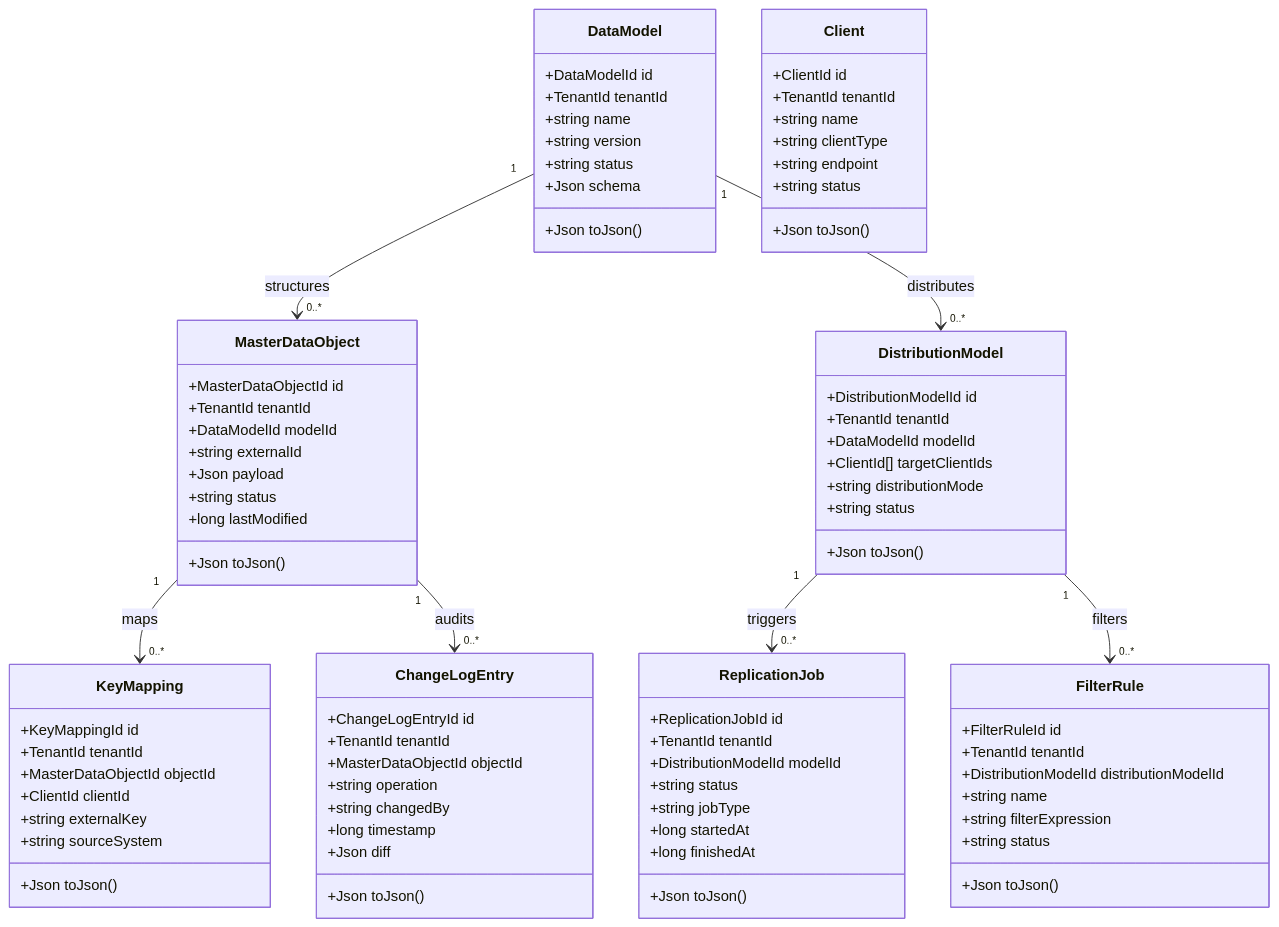
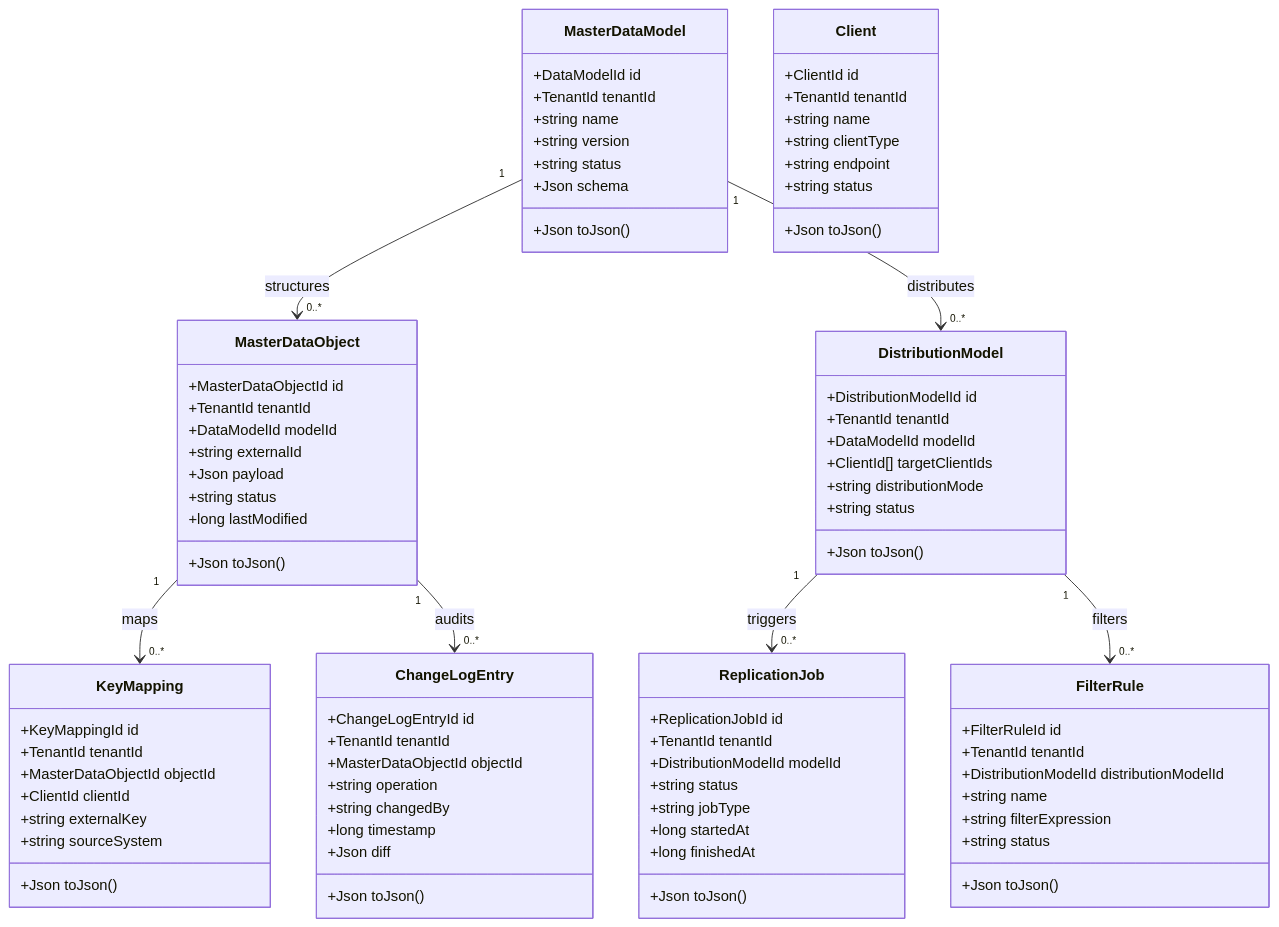
Before and after one commit to UIMSolutions/uim-platform: the first of 3 diagrams in masterdata-integration/UML.md, drawn with Mermaid. The commit also changed 54 other files, not shown here.

````diff
--- a/masterdata-integration/UML.md
+++ b/masterdata-integration/UML.md
@@ -10,6 +10,6 @@
 ```mermaid
 classDiagram
-    class DataModel {
+    class MasterDataModel {
         +DataModelId id
         +TenantId tenantId
         +string name
@@ -85,8 +85,8 @@
         +Json toJson()
     }
 
-    DataModel "1" --> "0..*" MasterDataObject : structures
-    DataModel "1" --> "0..*" DistributionModel : distributes
+    MasterDataModel "1" --> "0..*" MasterDataObject : structures
+    MasterDataModel "1" --> "0..*" DistributionModel : distributes
     DistributionModel "1" --> "0..*" ReplicationJob : triggers
     DistributionModel "1" --> "0..*" FilterRule : filters
     MasterDataObject "1" --> "0..*" KeyMapping : maps
````
